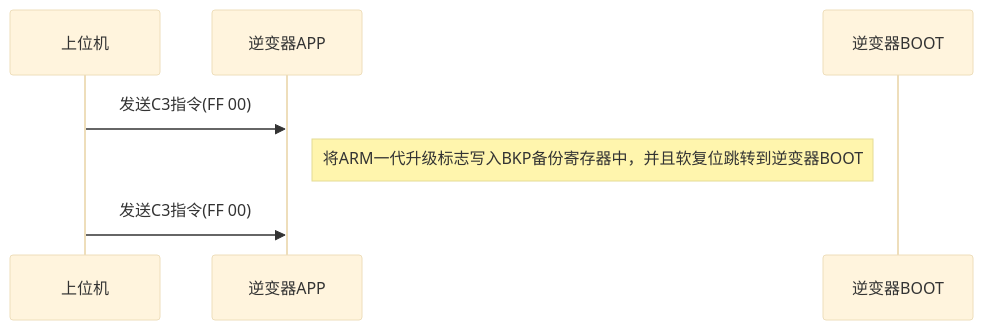
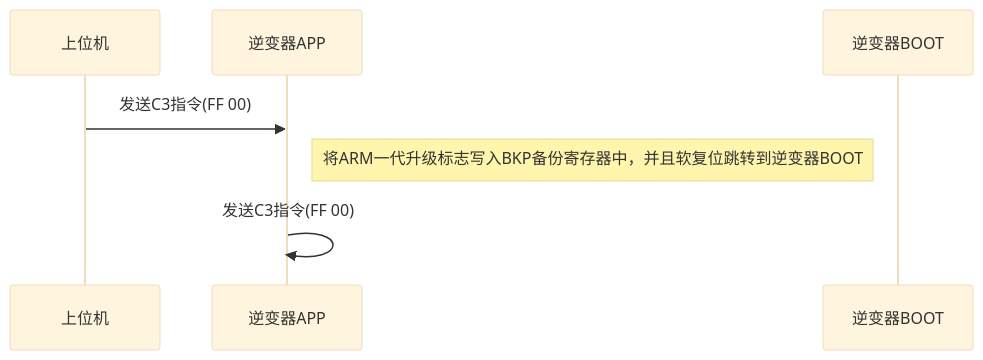
Before and after one commit to 2078142847/iodraw-files: the diagram in all/未命名-2.md, drawn with Mermaid (base theme).

Commit message:
2024-05-30 14:37:17 update

````diff
--- a/all/未命名-2.md
+++ b/all/未命名-2.md
@@ -1,12 +1,12 @@
 ```mermaid
 sequenceDiagram
     participant A as 上位机
     participant B as 逆变器APP
     participant C as 逆变器BOOT
     
     A->>B: 发送C3指令(FF 00)
     Note right of B: 将ARM一代升级标志写入BKP备份寄存器中，并且软复位跳转到逆变器BOOT
-    A->>B: 发送C3指令(FF 00)
+    B->>B: 发送C3指令(FF 00)
 
     
 ```
````
